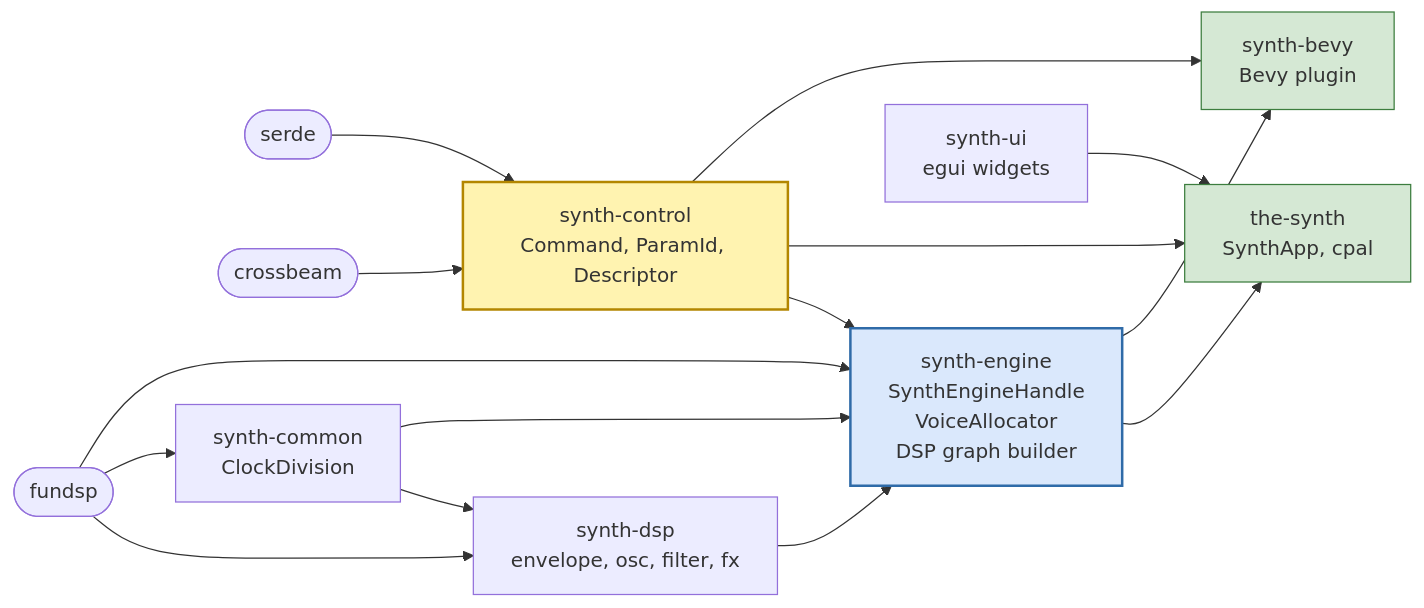
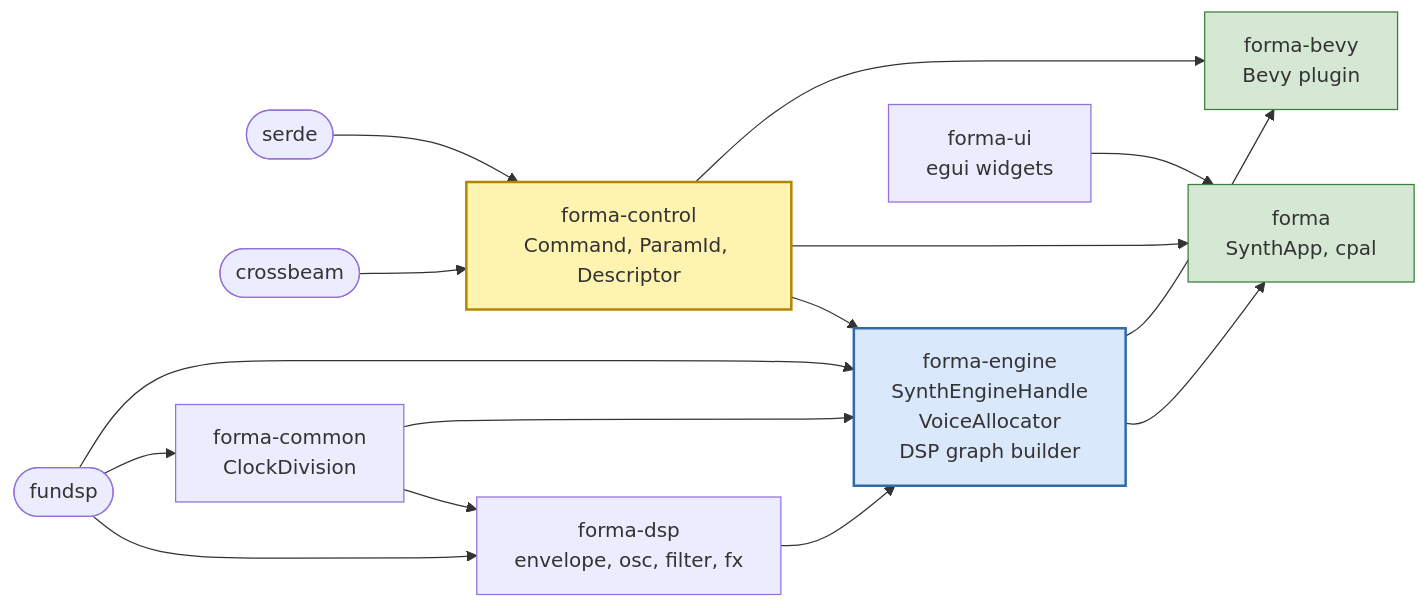
The second of 11 diagrams in doc/engine-handle-plan.md (Ven7u/the_synth), drawn with Mermaid before and after one commit. The commit also changed other lines of this file and 143 other files, not shown here.

````diff
--- a/doc/engine-handle-plan.md
+++ b/doc/engine-handle-plan.md
@@ -307,39 +307,39 @@
 ```mermaid
 flowchart LR
     FUNDSP([fundsp])
     SERDE([serde])
     CROSS([crossbeam])
 
-    COMMON[synth-common<br/>ClockDivision]
-    DSP[synth-dsp<br/>envelope, osc, filter, fx]
-    CTRL[synth-control<br/>Command, ParamId, Descriptor]
-    ENG[synth-engine<br/>SynthEngineHandle<br/>VoiceAllocator<br/>DSP graph builder]
-    UI[synth-ui<br/>egui widgets]
-    TSYN[the-synth<br/>SynthApp, cpal]
-    BEV[synth-bevy<br/>Bevy plugin]
+    COMMON[forma-common<br/>ClockDivision]
+    DSP[forma-dsp<br/>envelope, osc, filter, fx]
+    CTRL[forma-control<br/>Command, ParamId, Descriptor]
+    ENG[forma-engine<br/>SynthEngineHandle<br/>VoiceAllocator<br/>DSP graph builder]
+    UI[forma-ui<br/>egui widgets]
+    TSYN[forma<br/>SynthApp, cpal]
+    BEV[forma-bevy<br/>Bevy plugin]
 
     FUNDSP --> DSP
     FUNDSP --> COMMON
     FUNDSP --> ENG
     SERDE --> CTRL
     CROSS --> CTRL
 
     COMMON --> DSP
     COMMON --> ENG
     DSP --> ENG
     CTRL --> ENG
     CTRL --> TSYN
     ENG --> TSYN
     UI --> TSYN
 
     CTRL --> BEV
     ENG --> BEV
 
     classDef protocol fill:#fff3b0,stroke:#b38600,stroke-width:2px
     classDef handle fill:#dae8fc,stroke:#2f6ba8,stroke-width:2px
     classDef frontend fill:#d5e8d4,stroke:#3c7d3e
 
     class CTRL protocol
     class ENG handle
     class TSYN,BEV frontend
 ```
````
